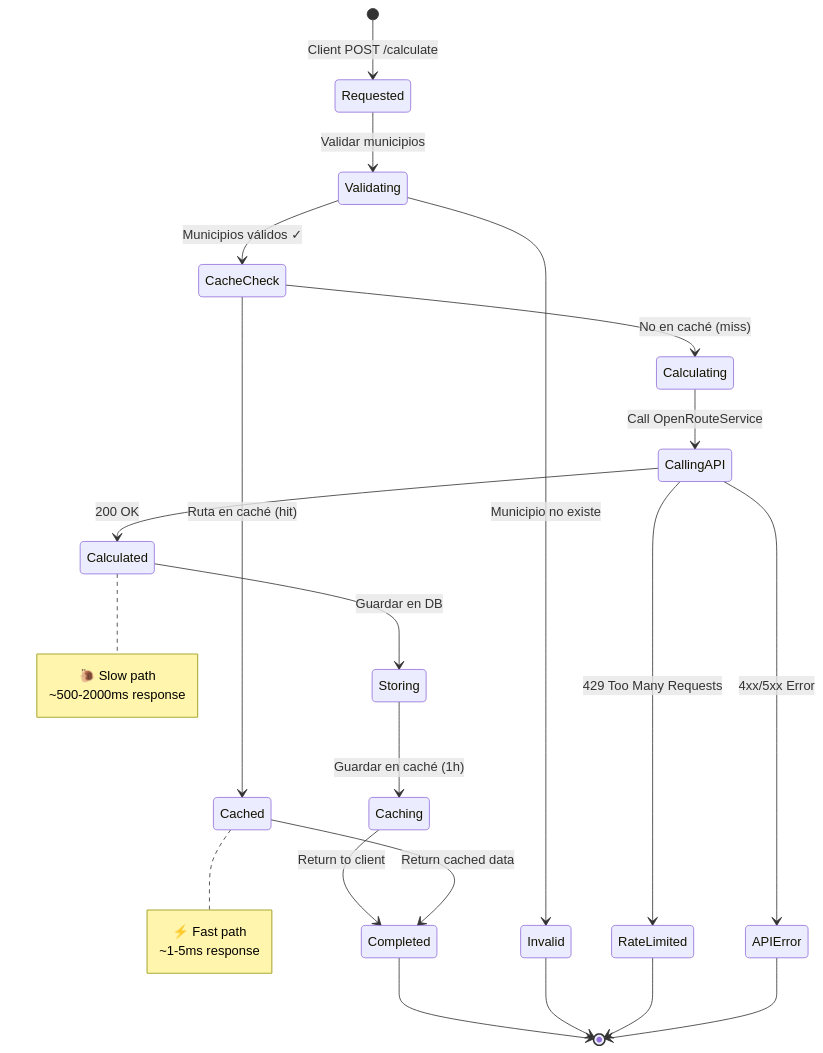
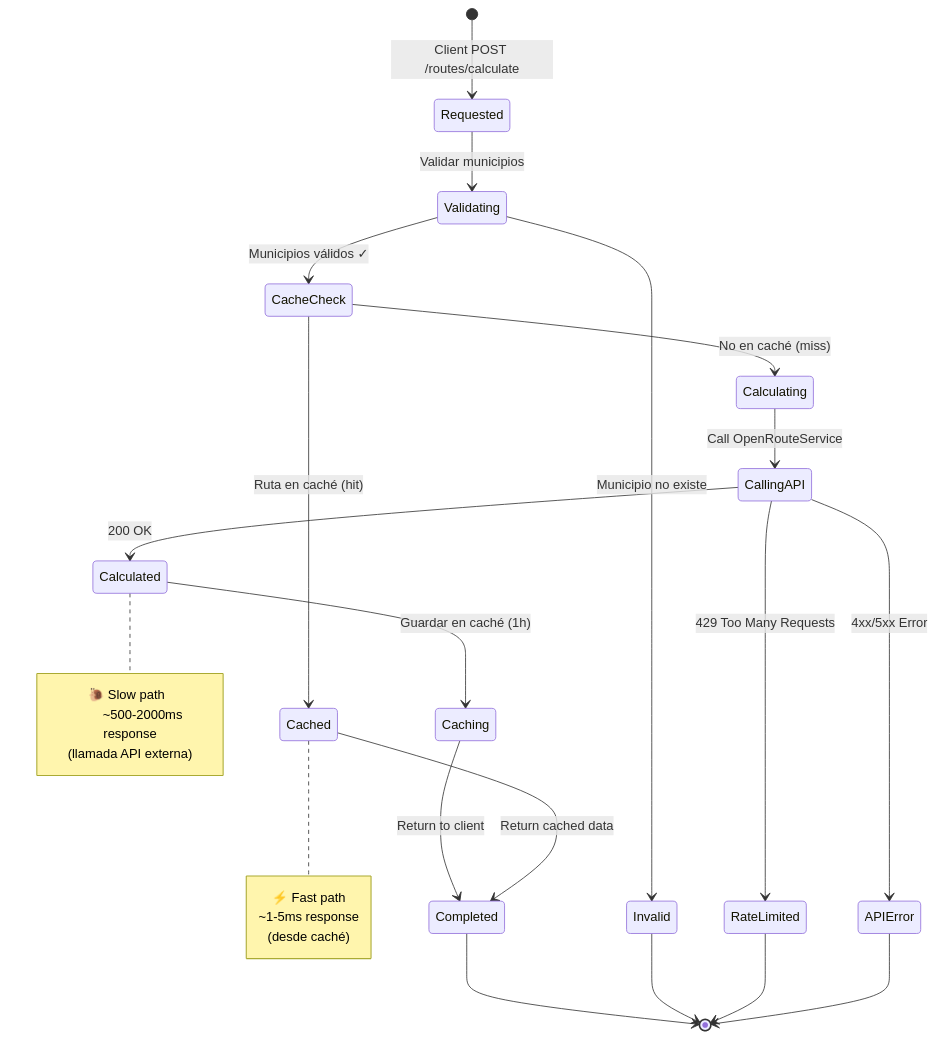
One commit to BusConnectTeam/busConnect-backend changed the sixth of 8 diagrams in catalog-service/ARCHITECTURE.md. Above: the diagram before and after it, drawn with Mermaid. The commit also changed other lines of this file, not shown here.

Commit message:
update catalog-service/architecture

````diff
--- a/catalog-service/ARCHITECTURE.md
+++ b/catalog-service/ARCHITECTURE.md
@@ -352,39 +410,40 @@
 ```mermaid
 stateDiagram-v2
-    [*] --> Requested: Client POST /calculate
+    [*] --> Requested: Client POST /routes/calculate
     
     Requested --> Validating: Validar municipios
     
     Validating --> Invalid: Municipio no existe
     Validating --> CacheCheck: Municipios válidos ✓
     
     CacheCheck --> Cached: Ruta en caché (hit)
     CacheCheck --> Calculating: No en caché (miss)
     
     Calculating --> CallingAPI: Call OpenRouteService
     
     CallingAPI --> RateLimited: 429 Too Many Requests
     CallingAPI --> APIError: 4xx/5xx Error
     CallingAPI --> Calculated: 200 OK
     
-    Calculated --> Storing: Guardar en DB
-    Storing --> Caching: Guardar en caché (1h)
+    Calculated --> Caching: Guardar en caché (1h)
     Caching --> Completed: Return to client
     
     Cached --> Completed: Return cached data
     
     Completed --> [*]
     Invalid --> [*]
     RateLimited --> [*]
     APIError --> [*]
     
     note right of Cached
         ⚡ Fast path
         ~1-5ms response
+        (desde caché)
     end note
     
     note right of Calculated
-        🐌 Slow path
+        🐌 Slow path  
         ~500-2000ms response
+        (llamada API externa)
     end note
 ```
````
